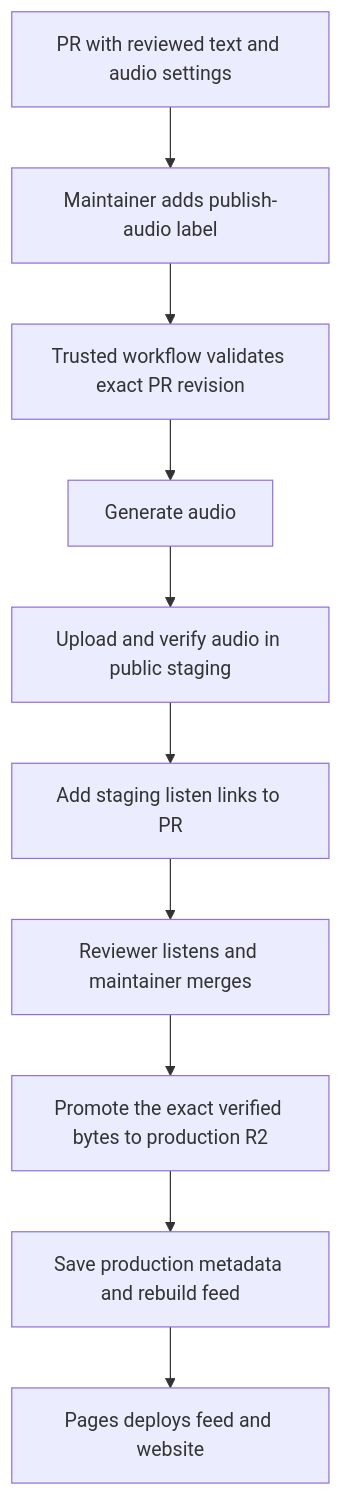
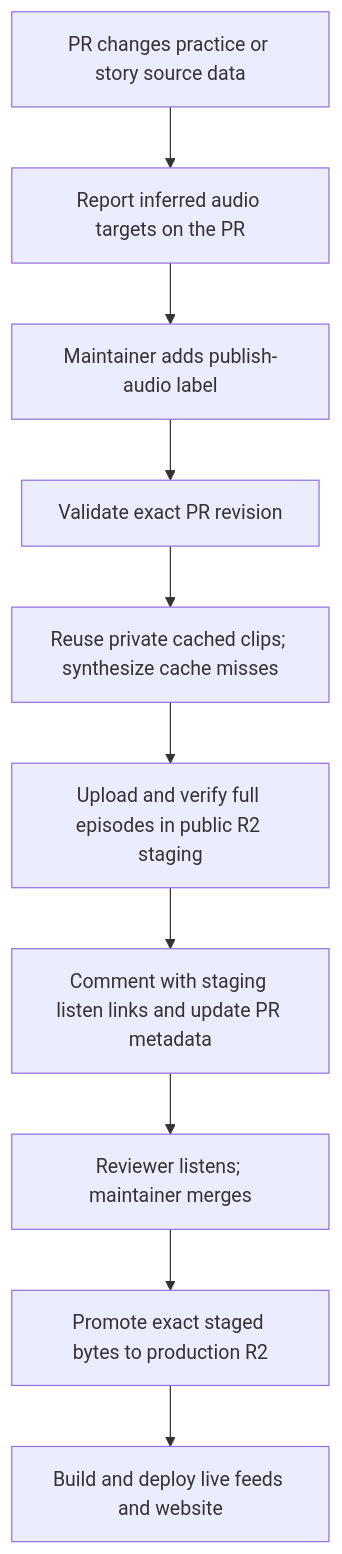
One commit to trusohamn/repeto changed the diagram in docs/deploy.md. Above: the diagram before and after it, drawn with Mermaid. The commit also changed other lines of this file and 17 other files, not shown here.

````diff
--- a/docs/deploy.md
+++ b/docs/deploy.md
@@ -39,12 +9,12 @@
 ```mermaid
 flowchart TD
-    A["PR with reviewed text and audio settings"] --> B["Maintainer adds publish-audio label"]
-    B --> C["Trusted workflow validates exact PR revision"]
-    C --> D["Generate audio"]
-    D --> E["Upload and verify audio in public staging"]
-    E --> F["Add staging listen links to PR"]
-    F --> G["Reviewer listens and maintainer merges"]
-    G --> H["Promote the exact verified bytes to production R2"]
-    H --> I["Save production metadata and rebuild feed"]
-    I --> J["Pages deploys feed and website"]
+    A["PR changes practice or story source data"] --> B["Report inferred audio targets on the PR"]
+    B --> C["Maintainer adds publish-audio label"]
+    C --> D["Validate exact PR revision"]
+    D --> E["Reuse private cached clips; synthesize cache misses"]
+    E --> F["Upload and verify full episodes in public R2 staging"]
+    F --> G["Comment with staging listen links and update PR metadata"]
+    G --> H["Reviewer listens; maintainer merges"]
+    H --> I["Promote exact staged bytes to production R2"]
+    I --> J["Build and deploy live feeds and website"]
 ```
````
